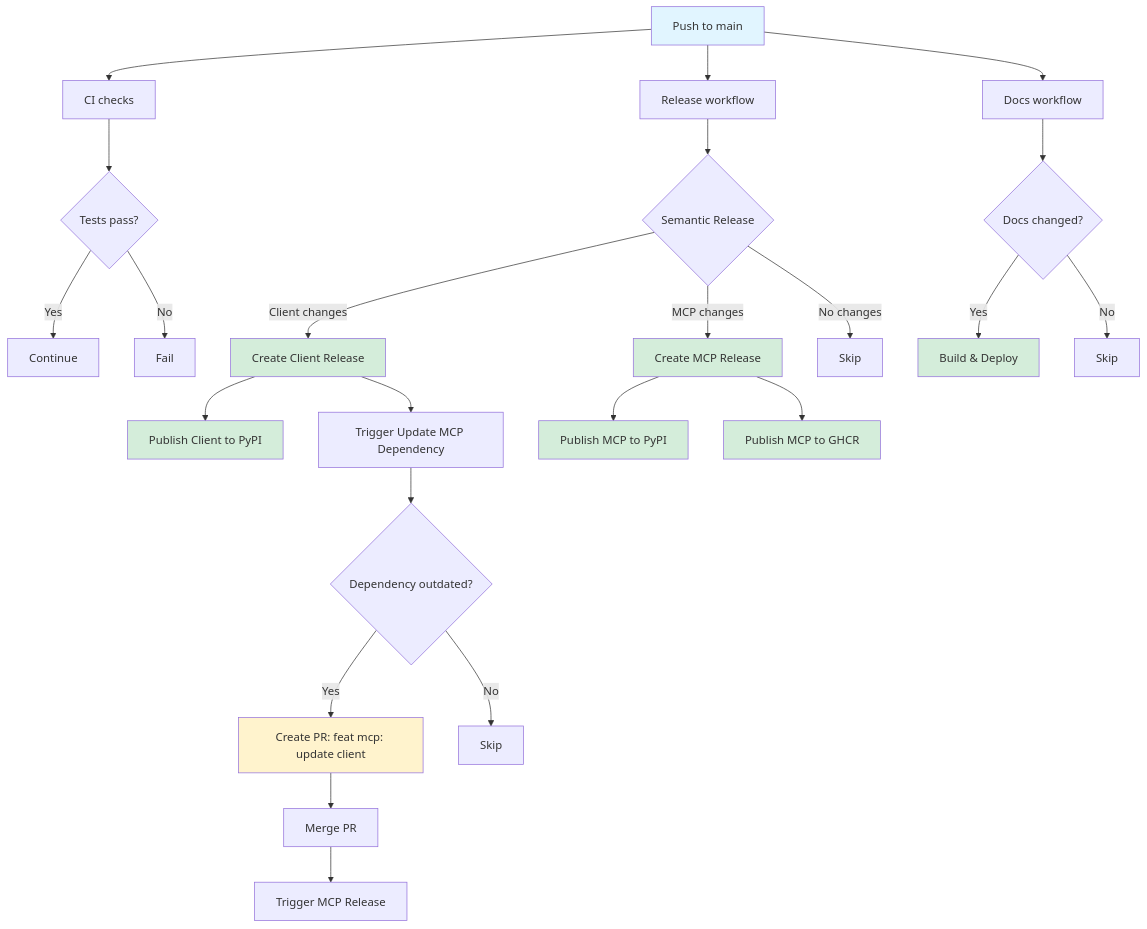
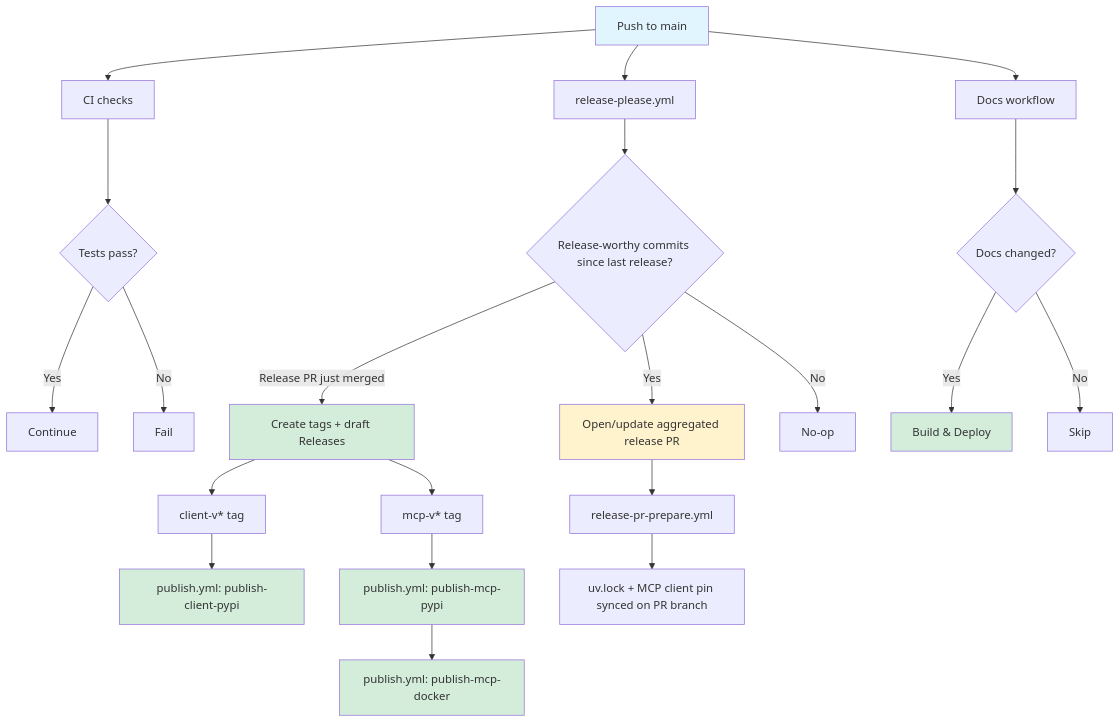
One commit to dougborg/katana-openapi-client changed the diagram in .github/workflows/README.md. Above: the diagram before and after it, drawn with Mermaid. The commit also changed other lines of this file and 25 other files, not shown here.

First line of the commit message:
feat(release): migrate to release-please manifest-mode release automation

````diff
--- a/.github/workflows/README.md
+++ b/.github/workflows/README.md
@@ -181,41 +171,38 @@
 ```mermaid
 graph TD
     A[Push to main] --> B[CI checks]
-    A --> C[Release workflow]
+    A --> C[release-please.yml]
     A --> D[Docs workflow]
 
     B --> E{Tests pass?}
     E -->|Yes| F[Continue]
     E -->|No| G[Fail]
 
-    C --> H{Semantic Release}
-    H -->|Client changes| I[Create Client Release]
-    H -->|MCP changes| J[Create MCP Release]
-    H -->|No changes| K[Skip]
-    
-    I --> L[Publish Client to PyPI]
-    I --> M[Trigger Update MCP Dependency]
-    
-    J --> N[Publish MCP to PyPI]
-    J --> O[Publish MCP to GHCR]
-    
-    M --> P{Dependency outdated?}
-    P -->|Yes| Q[Create PR: feat mcp: update client]
-    P -->|No| R[Skip]
-    
-    Q --> S[Merge PR]
-    S --> T[Trigger MCP Release]
+    C --> H{Release-worthy commits since last release?}
+    H -->|Yes| I[Open/update aggregated release PR]
+    H -->|Release PR just merged| J[Create tags + draft Releases]
+    H -->|No| K[No-op]
 
-    D --> U{Docs changed?}
-    U -->|Yes| V[Build & Deploy]
-    U -->|No| W[Skip]
+    J --> L[client-v* tag]
+    J --> M[mcp-v* tag]
+
+    L --> N[publish.yml: publish-client-pypi]
+    M --> O[publish.yml: publish-mcp-pypi]
+
+    O --> P[publish.yml: publish-mcp-docker]
+
+    I --> Q[release-pr-prepare.yml]
+    Q --> R[uv.lock + MCP client pin synced on PR branch]
+
+    D --> S{Docs changed?}
+    S -->|Yes| T[Build & Deploy]
+    S -->|No| U[Skip]
 
     style A fill:#e1f5ff
-    style I fill:#d4edda
+    style I fill:#fff3cd
     style J fill:#d4edda
-    style L fill:#d4edda
     style N fill:#d4edda
     style O fill:#d4edda
-    style V fill:#d4edda
-    style Q fill:#fff3cd
+    style P fill:#d4edda
+    style T fill:#d4edda
 ```
````
